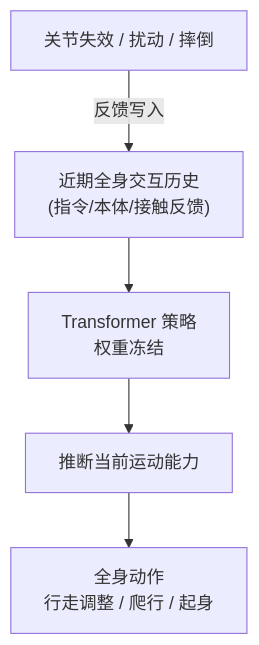
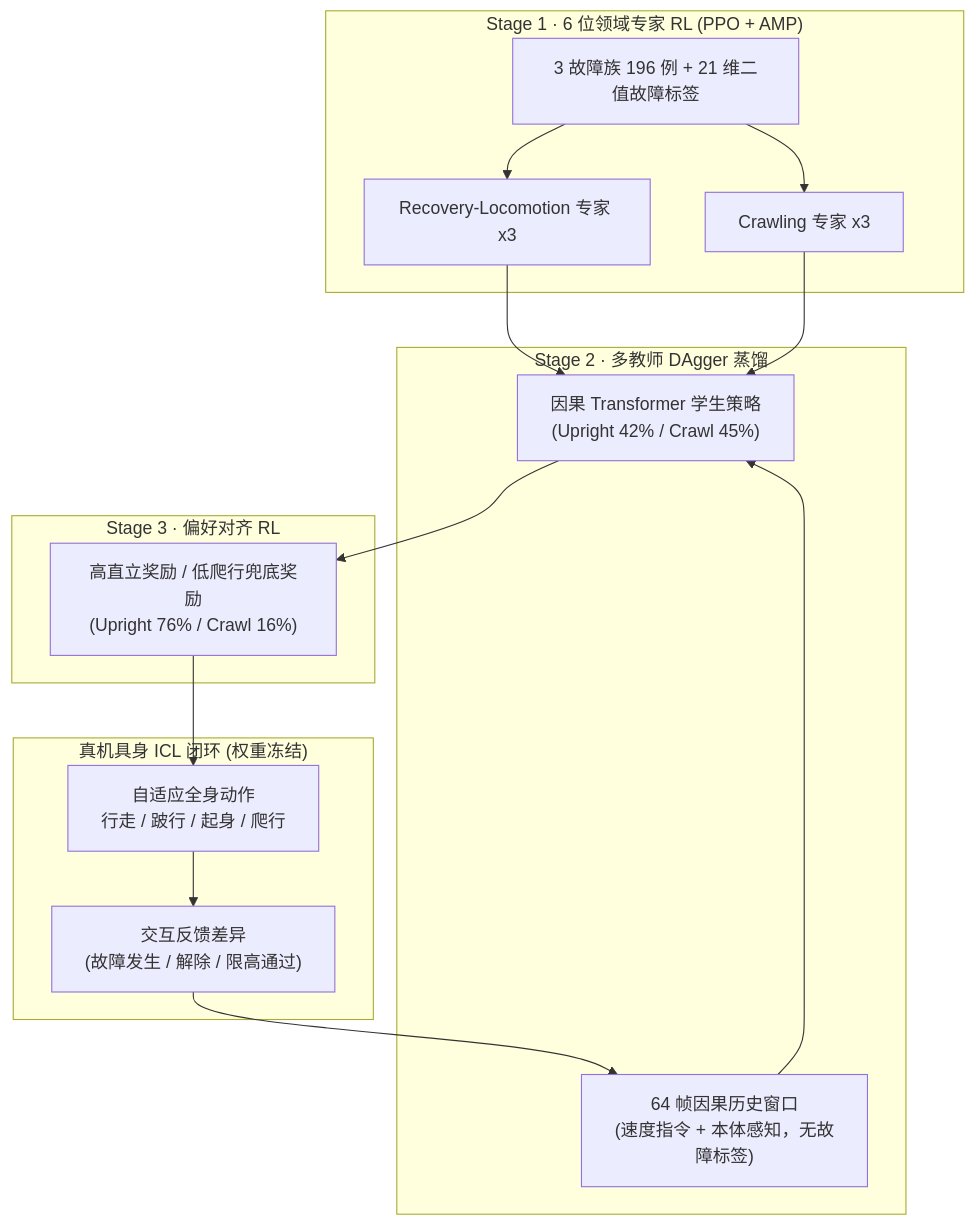
The diagram in wiki/entities/light-react.md (ImChong/Robotics_Notebooks), drawn with Mermaid before and after one commit. The commit also changed other lines of this file and 450 other files, not shown here.

Commit message:
[2026-11-22] ingest | sources/ & wiki/ — 补齐 33 家公司路线 165/167 节点一手原文通读、骨架与 Mermaid 图表至 3/3

````diff
--- a/wiki/entities/light-react.md
+++ b/wiki/entities/light-react.md
@@ -82,10 +91,27 @@
 ```mermaid
 flowchart TB
-  hist["近期全身交互历史\n(指令/本体/接触反馈)"]
-  tfm["Transformer 策略\n权重冻结"]
-  cap["推断当前运动能力"]
-  act["全身动作\n行走调整 / 爬行 / 起身"]
-  fault["关节失效 / 扰动 / 摔倒"]
-  hist --> tfm --> cap --> act
-  fault -->|"反馈写入"| hist
+  subgraph s1 ["Stage 1 · 6 位领域专家 RL (PPO + AMP)"]
+    dmg["3 故障族 196 例 + 21 维二值故障标签"]
+    rec["Recovery-Locomotion 专家 x3"]
+    crl["Crawling 专家 x3"]
+    dmg --> rec
+    dmg --> crl
+  end
+  subgraph s2 ["Stage 2 · 多教师 DAgger 蒸馏"]
+    hist["64 帧因果历史窗口\n(速度指令 + 本体感知，无故障标签)"]
+    tfm["因果 Transformer 学生策略\n(Upright 42% / Crawl 45%)"]
+    rec --> tfm
+    crl --> tfm
+    hist --> tfm
+  end
+  subgraph s3 ["Stage 3 · 偏好对齐 RL"]
+    align["高直立奖励 / 低爬行兜底奖励\n(Upright 76% / Crawl 16%)"]
+    tfm --> align
+  end
+  subgraph dep ["真机具身 ICL 闭环 (权重冻结)"]
+    fb["交互反馈差异\n(故障发生 / 解除 / 限高通过)"]
+    act["自适应全身动作\n行走 / 跛行 / 起身 / 爬行"]
+    align --> act
+    act --> fb --> hist
+  end
 ```
````
